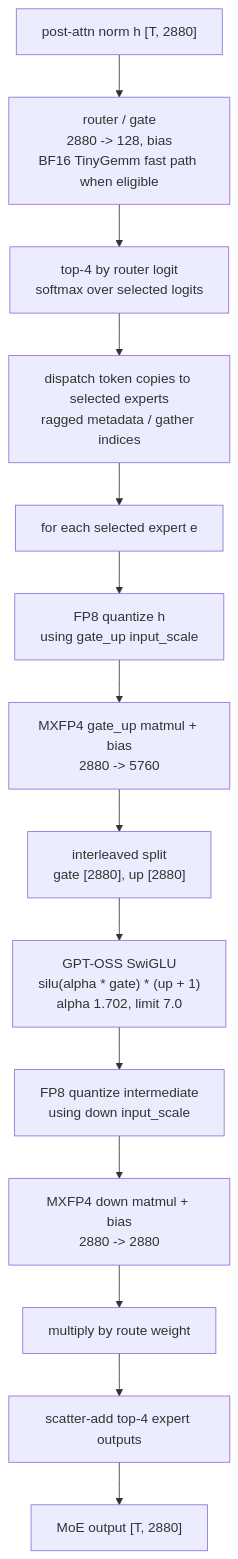
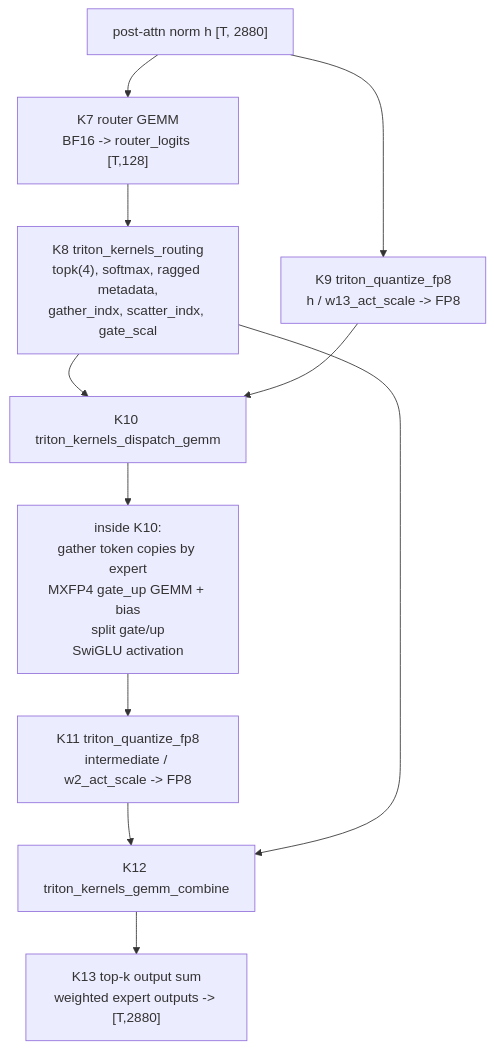
The third of 3 diagrams in docs/serving/gpt-oss-120b-graph.md (Max191-agents/tokenspeed), drawn with Mermaid before and after one commit. The commit also changed other lines of this file, not shown here.

Commit message:
docs: refine GPT-OSS kernel graph

````diff
--- a/docs/serving/gpt-oss-120b-graph.md
+++ b/docs/serving/gpt-oss-120b-graph.md
@@ -88,17 +159,14 @@
 ```mermaid
 flowchart TD
-  h["post-attn norm h [T, 2880]"] --> router["router / gate<br/>2880 -> 128, bias<br/>BF16 TinyGemm fast path when eligible"]
-  router --> topk["top-4 by router logit<br/>softmax over selected logits"]
-  topk --> dispatch["dispatch token copies to selected experts<br/>ragged metadata / gather indices"]
-
-  dispatch --> e1["for each selected expert e"]
-  e1 --> q1["FP8 quantize h<br/>using gate_up input_scale"]
-  q1 --> w13["MXFP4 gate_up matmul + bias<br/>2880 -> 5760"]
-  w13 --> split["interleaved split<br/>gate [2880], up [2880]"]
-  split --> act["GPT-OSS SwiGLU<br/>silu(alpha * gate) * (up + 1)<br/>alpha 1.702, limit 7.0"]
-  act --> q2["FP8 quantize intermediate<br/>using down input_scale"]
-  q2 --> w2["MXFP4 down matmul + bias<br/>2880 -> 2880"]
-  w2 --> weight["multiply by route weight"]
-  weight --> combine["scatter-add top-4 expert outputs"]
-  combine --> y["MoE output [T, 2880]"]
+  h["post-attn norm h [T, 2880]"]
+  h --> rg["K7 router GEMM<br/>BF16 -> router_logits [T,128]"]
+  rg --> rmeta["K8 triton_kernels_routing<br/>topk(4), softmax, ragged metadata,<br/>gather_indx, scatter_indx, gate_scal"]
+  h --> qh["K9 triton_quantize_fp8<br/>h / w13_act_scale -> FP8"]
+  rmeta --> dg["K10 triton_kernels_dispatch_gemm"]
+  qh --> dg
+  dg --> act["inside K10:<br/>gather token copies by expert<br/>MXFP4 gate_up GEMM + bias<br/>split gate/up<br/>SwiGLU activation"]
+  act --> qi["K11 triton_quantize_fp8<br/>intermediate / w2_act_scale -> FP8"]
+  qi --> gc["K12 triton_kernels_gemm_combine"]
+  rmeta --> gc
+  gc --> red["K13 top-k output sum<br/>weighted expert outputs -> [T,2880]"]
 ```
````
